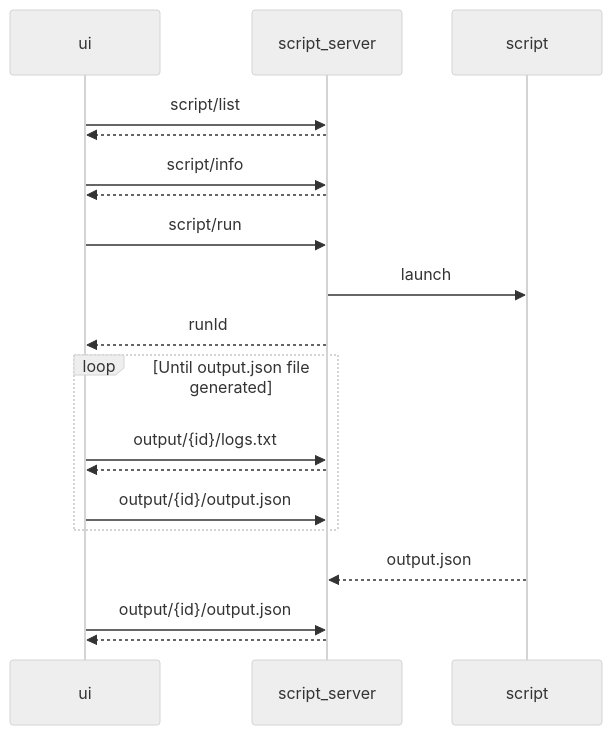
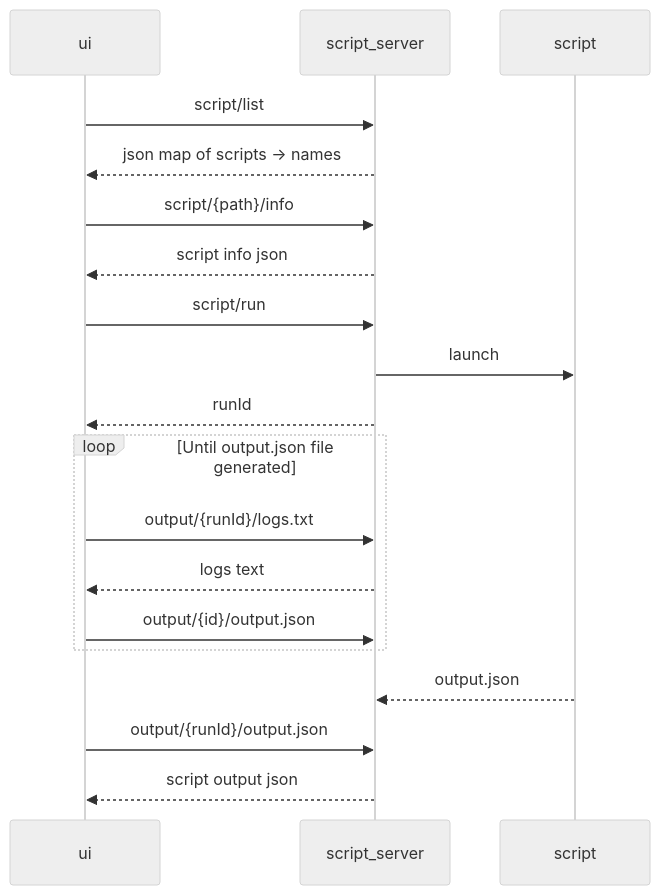
Before and after one commit to GEO-BON/bon-in-a-box-pipeline-engine: the third of 4 diagrams in README-dev.md, drawn with Mermaid (neutral theme). The commit also changed other lines of this file, not shown here.

````diff
--- a/README-dev.md
+++ b/README-dev.md
@@ -96,26 +111,26 @@
 ```mermaid
 sequenceDiagram
     ui->>script_server: script/list
-    script_server-->>ui:
+    script_server-->>ui: json map of scripts -> names
 
-    ui->>script_server: script/info
-    script_server-->>ui:
+    ui->>script_server: script/{path}/info
+    script_server-->>ui: script info json
 
     ui->>script_server: script/run
     script_server->>script: launch
     script_server-->>ui: runId
 
     loop Until output.json file generated
-        ui->>script_server: output/{id}/logs.txt
-        script_server-->>ui:
+        ui->>script_server: output/{runId}/logs.txt
+        script_server-->>ui: logs text
 
         ui->>script_server: output/{id}/output.json
     end
 
 
     script-->>script_server: output.json
 
-    ui->>script_server: output/{id}/output.json
-    script_server-->>ui:
+    ui->>script_server: output/{runId}/output.json
+    script_server-->>ui: script output json
 
 ```
````
